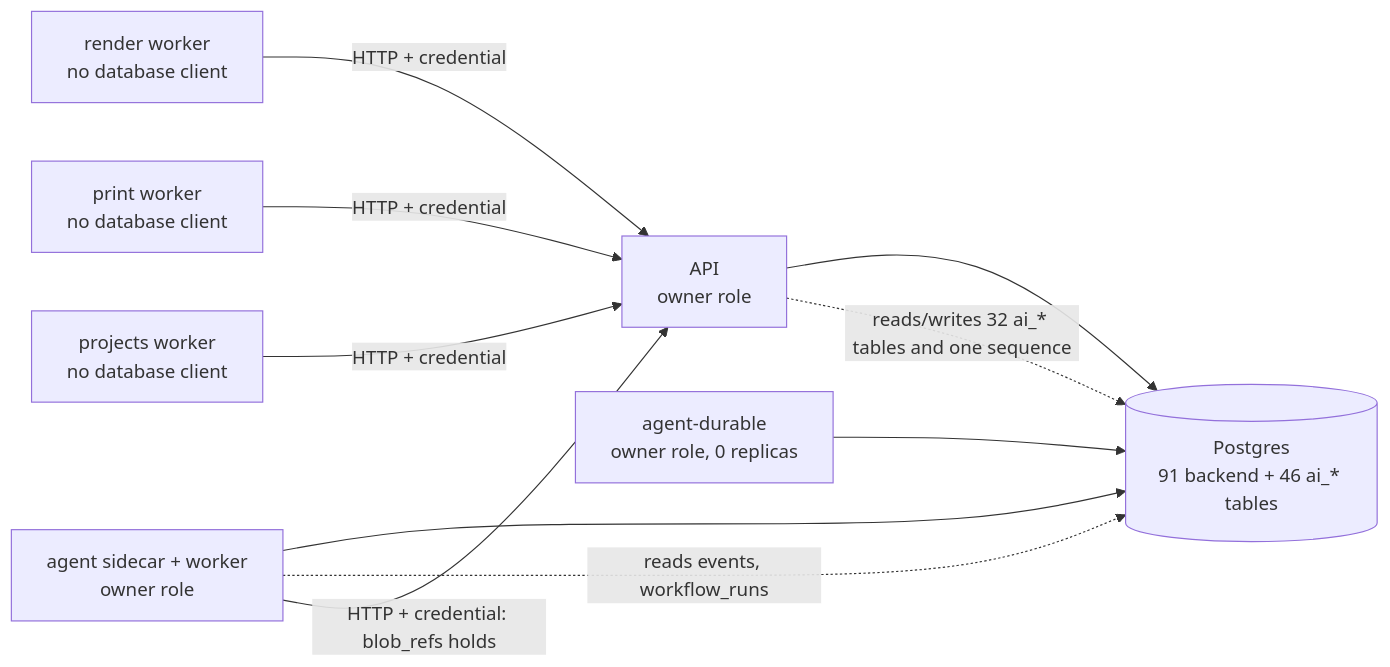
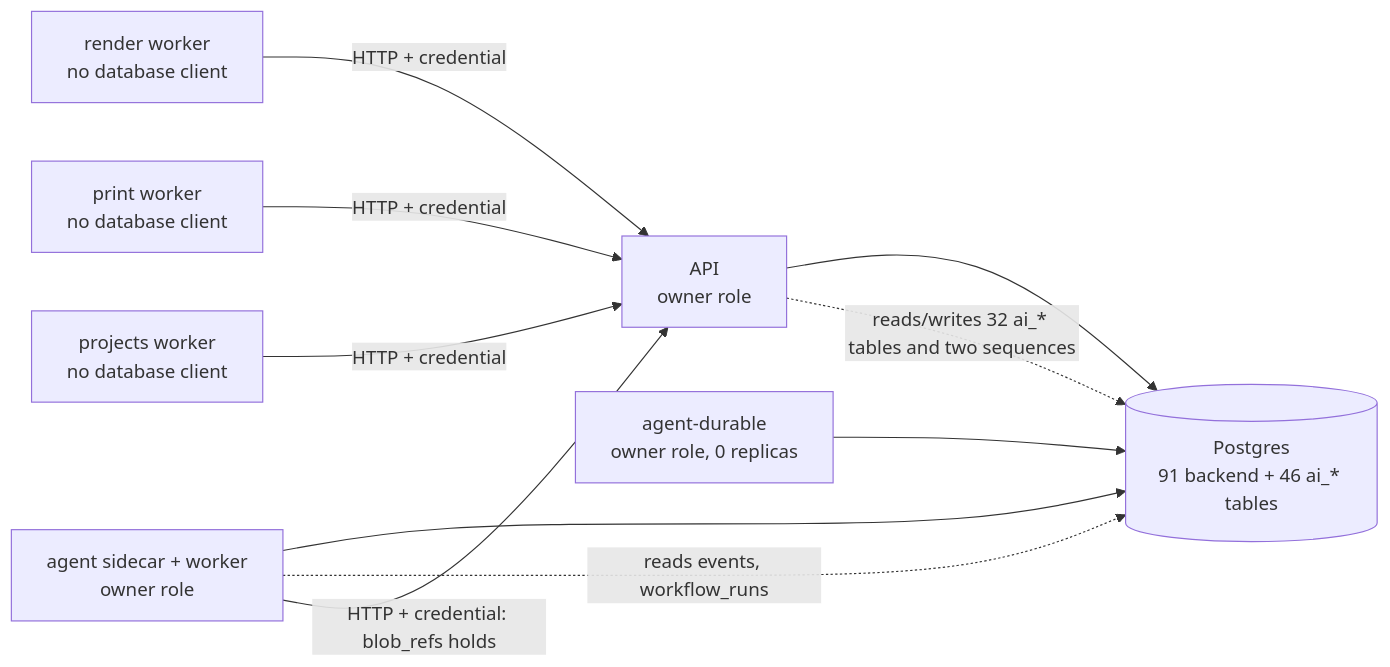
Before and after one commit to eh-homelab/ScadBuddy: the first of 2 diagrams in docs/security/trust-boundaries.md, drawn with Mermaid. The commit also changed other lines of this file and 25 other files, not shown here.

````diff
--- a/docs/security/trust-boundaries.md
+++ b/docs/security/trust-boundaries.md
@@ -161,12 +161,12 @@
 ```mermaid
 flowchart LR
   API[API<br/>owner role] --> DB[(Postgres<br/>91 backend + 46 ai_* tables)]
   R[render worker<br/>no database client] -- HTTP + credential --> API
   P[print worker<br/>no database client] -- HTTP + credential --> API
   J[projects worker<br/>no database client] -- HTTP + credential --> API
   A[agent sidecar + worker<br/>owner role] --> DB
   D[agent-durable<br/>owner role, 0 replicas] --> DB
-  API -.reads/writes 32 ai_* tables and one sequence.-> DB
+  API -.reads/writes 32 ai_* tables and two sequences.-> DB
   A -.reads events, workflow_runs.-> DB
   A -- HTTP + credential: blob_refs holds --> API
 ```
````
